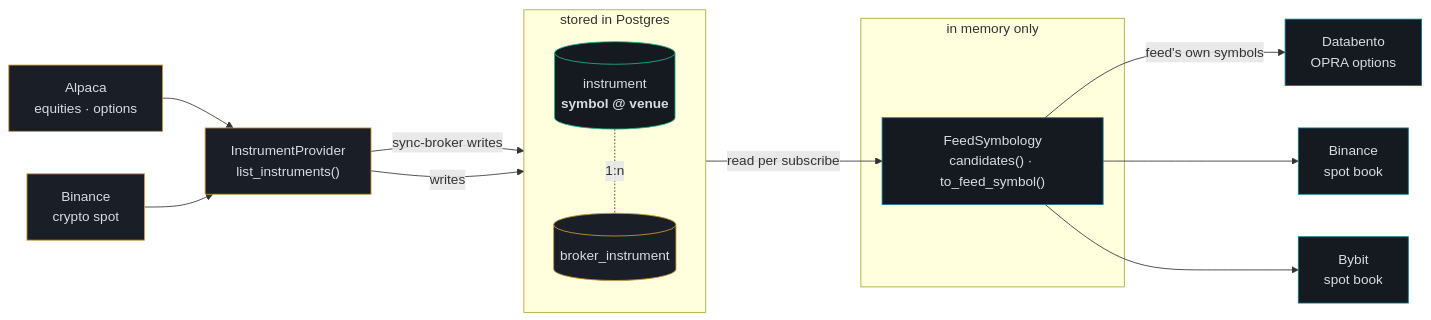
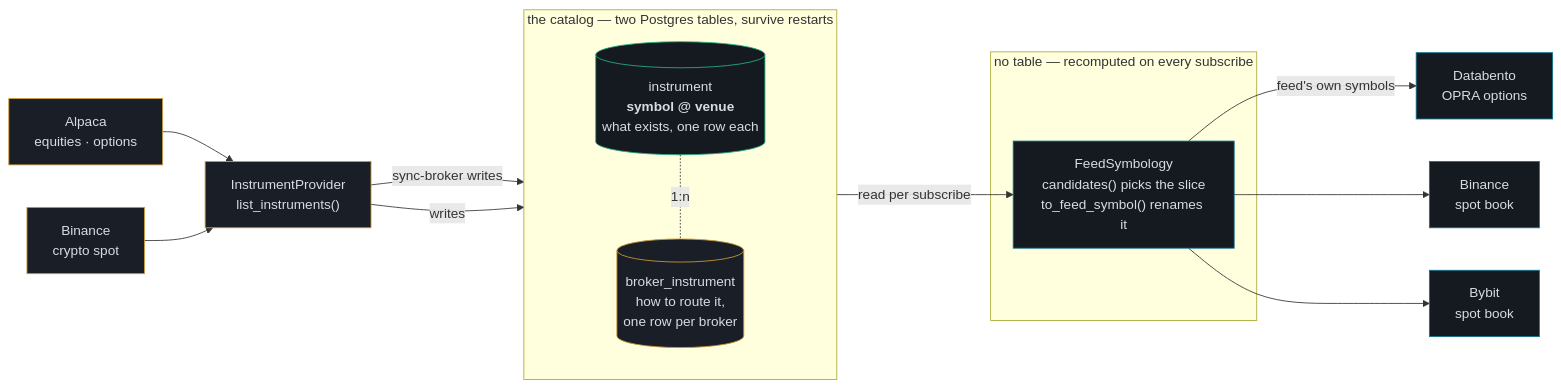
One commit to maxkuttner/openoms changed the diagram in site/diagrams/overview.mmd. Above: the diagram before and after it, drawn with Mermaid.

Commit message:
docs(site): say what the catalog holds, not just where it lives
"stored in Postgres" named the medium and left the question open. The two
groups now name the thing — the catalog, and the mapping that has no table
— and each cylinder says what its rows are: what exists, and how to route
it.

```diff
--- a/site/diagrams/overview.mmd
+++ b/site/diagrams/overview.mmd
@@ -1,33 +1,33 @@
 flowchart LR
   ALP["Alpaca<br/>equities · options"]:::exec
   BNB["Binance<br/>crypto spot"]:::exec
   IP["InstrumentProvider<br/>list_instruments()"]:::exec
 
-  subgraph STORE["stored in Postgres"]
+  subgraph STORE["the catalog — two Postgres tables, survive restarts"]
     direction TB
-    INST[("instrument<br/><b>symbol @ venue</b>")]:::core
-    BI[("broker_instrument")]:::exec
+    INST[("instrument<br/><b>symbol @ venue</b><br/>what exists, one row each")]:::core
+    BI[("broker_instrument<br/>how to route it,<br/>one row per broker")]:::exec
   end
 
-  subgraph MEM["in memory only"]
-    FS["FeedSymbology<br/>candidates() · to_feed_symbol()"]:::feed
+  subgraph MEM["no table — recomputed on every subscribe"]
+    FS["FeedSymbology<br/>candidates() picks the slice<br/>to_feed_symbol() renames it"]:::feed
   end
 
   DBN["Databento<br/>OPRA options"]:::feed
   BNF["Binance<br/>spot book"]:::feed
   BYF["Bybit<br/>spot book"]:::feed
 
   ALP --> IP
   BNB --> IP
   IP -- "sync-broker writes" --> INST
   IP -- "writes" --> BI
   INST -. "1:n" .- BI
 
   INST -- "read per subscribe" --> FS
   FS -- "feed's own symbols" --> DBN
   FS --> BNF
   FS --> BYF
 
   classDef core fill:#151a20,stroke:#25b083,color:#d7dce3;
   classDef exec fill:#1a1e26,stroke:#ce9a3b,color:#d7dce3;
   classDef feed fill:#151a20,stroke:#0e7490,color:#d7dce3;
```
